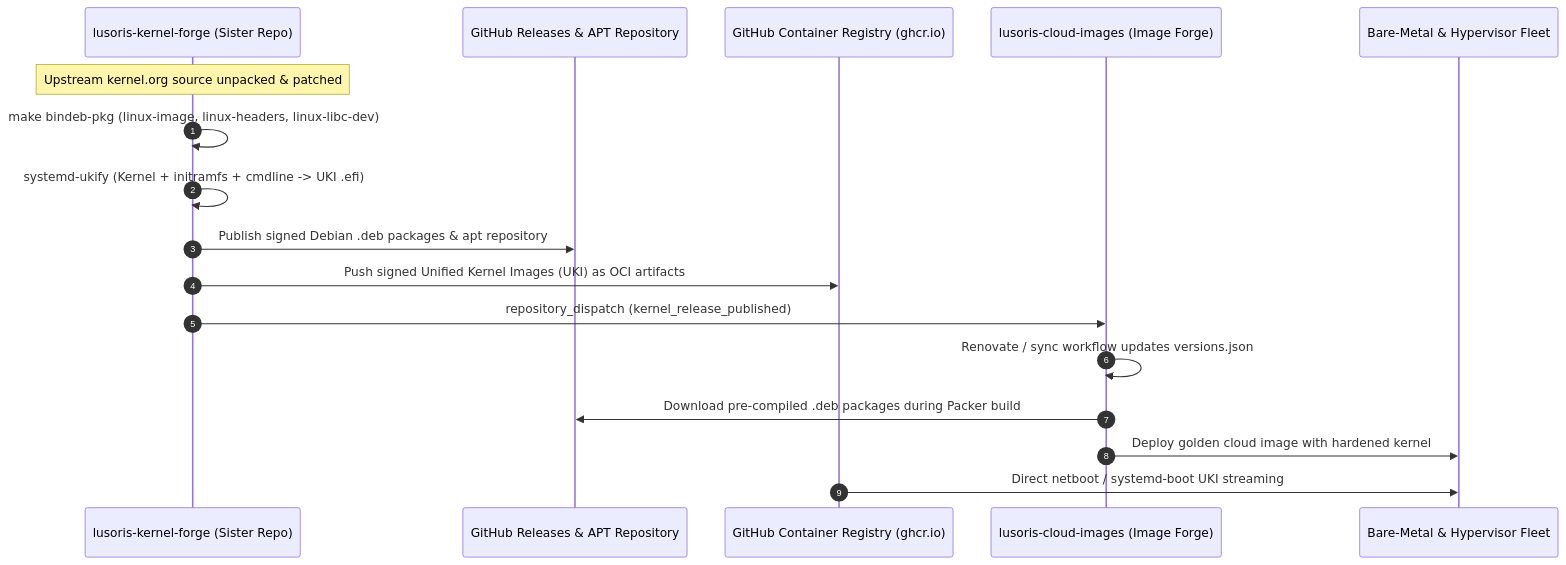
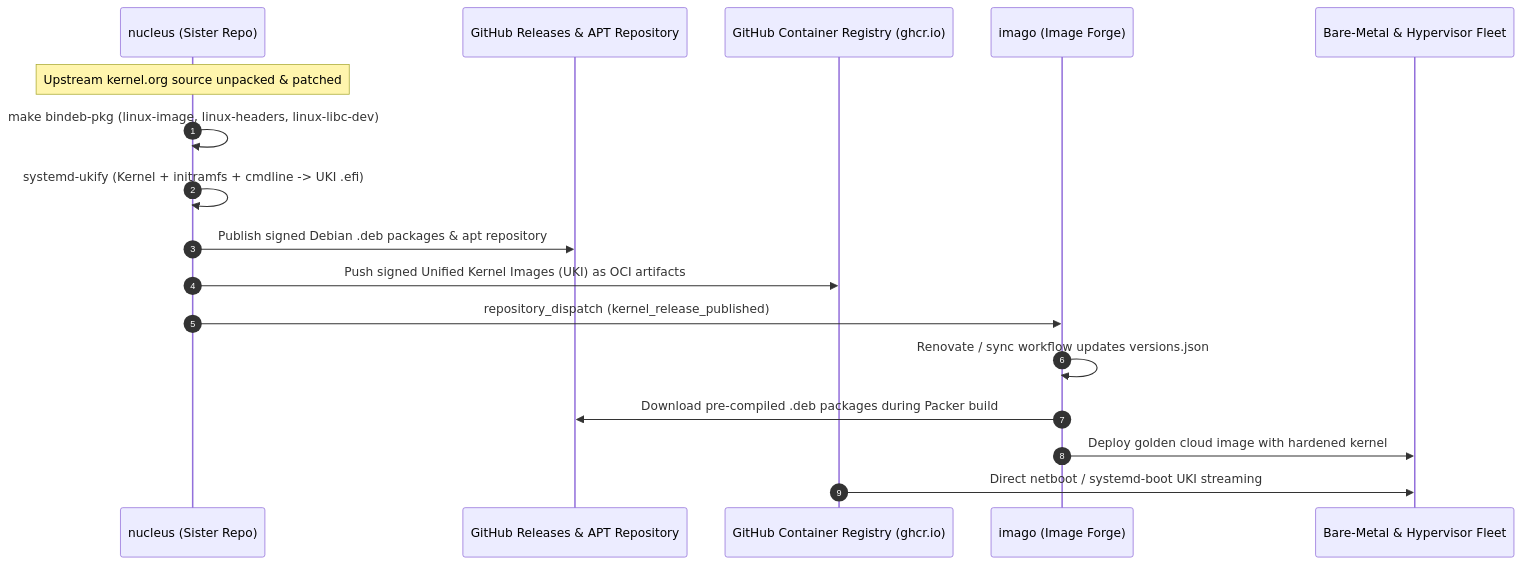
One commit to cordanaLLM/nucleus changed the diagram in docs/index.md. Above: the diagram before and after it, drawn with Mermaid. The commit also changed other lines of this file and 57 other files, not shown here.

````diff
--- a/docs/index.md
+++ b/docs/index.md
@@ -15,20 +15,20 @@
 ```mermaid
 sequenceDiagram
     autonumber
-    participant KF as lusoris-kernel-forge (Sister Repo)
+    participant KF as nucleus (Sister Repo)
     participant GH as GitHub Releases & APT Repository
     participant OCI as GitHub Container Registry (ghcr.io)
-    participant CI as lusoris-cloud-images (Image Forge)
+    participant CI as imago (Image Forge)
     participant BM as Bare-Metal & Hypervisor Fleet
 
     Note over KF: Upstream kernel.org source unpacked & patched
     KF->>KF: make bindeb-pkg (linux-image, linux-headers, linux-libc-dev)
     KF->>KF: systemd-ukify (Kernel + initramfs + cmdline -> UKI .efi)
     KF->>GH: Publish signed Debian .deb packages & apt repository
     KF->>OCI: Push signed Unified Kernel Images (UKI) as OCI artifacts
     KF->>CI: repository_dispatch (kernel_release_published)
     CI->>CI: Renovate / sync workflow updates versions.json
     CI->>GH: Download pre-compiled .deb packages during Packer build
     CI->>BM: Deploy golden cloud image with hardened kernel
     OCI->>BM: Direct netboot / systemd-boot UKI streaming
 ```
````
